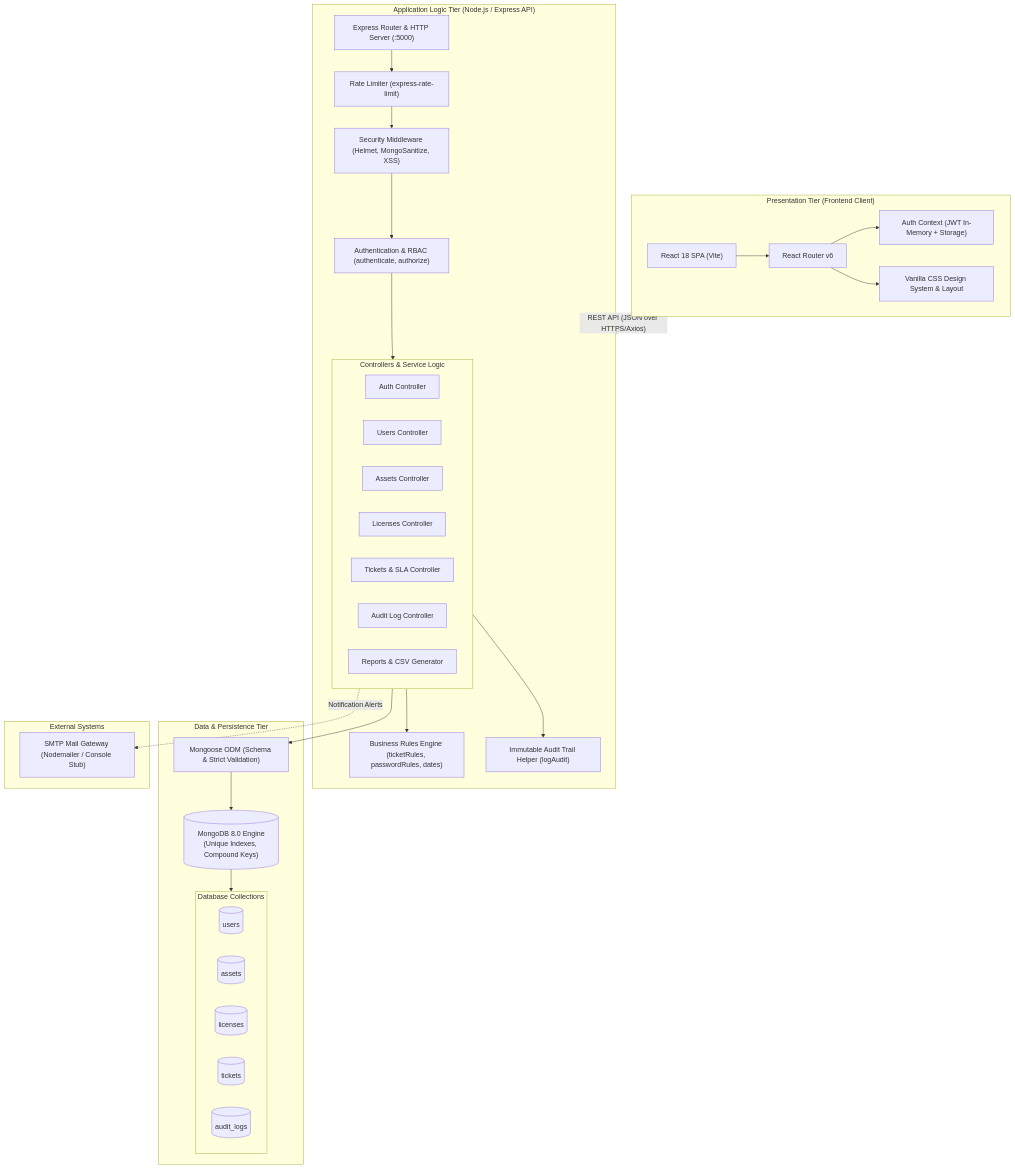
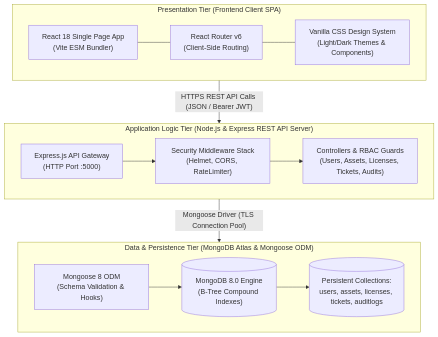
Before and after one commit to siddharth756/assetdesk-internship-project: the diagram in docs/assets/diagrams/d01-architecture-3tier.mmd, drawn with Mermaid. The commit also changed 62 other files, not shown here.

Commit message:
docs(report): overhaul analysis, architecture and UML diagrams with high-resolution layout and 50-page VICAIT budget

```diff
--- a/docs/assets/diagrams/d01-architecture-3tier.mmd
+++ b/docs/assets/diagrams/d01-architecture-3tier.mmd
@@ -1,59 +1,27 @@
-graph TB
-    subgraph ClientTier ["Presentation Tier (Frontend Client)"]
-        UI["React 18 SPA (Vite)"]
-        Router["React Router v6"]
-        AuthCtx["Auth Context (JWT In-Memory + Storage)"]
-        Theme["Vanilla CSS Design System & Layout"]
-        UI --> Router
-        Router --> AuthCtx
-        Router --> Theme
+flowchart TD
+    subgraph Tier1 ["Presentation Tier (Frontend Client SPA)"]
+        direction LR
+        UI["React 18 Single Page App<br/>(Vite ESM Bundler)"]
+        Router["React Router v6<br/>(Client-Side Routing)"]
+        Theme["Vanilla CSS Design System<br/>(Light/Dark Themes & Components)"]
+        UI --- Router --- Theme
     end
 
-    subgraph APITier ["Application Logic Tier (Node.js / Express API)"]
-        Gateway["Express Router & HTTP Server (:5000)"]
-        RateLimit["Rate Limiter (express-rate-limit)"]
-        SecMw["Security Middleware (Helmet, MongoSanitize, XSS)"]
-        AuthMw["Authentication & RBAC (authenticate, authorize)"]
-        
-        subgraph Controllers ["Controllers & Service Logic"]
-            C_Auth["Auth Controller"]
-            C_User["Users Controller"]
-            C_Asset["Assets Controller"]
-            C_Lic["Licenses Controller"]
-            C_Tkt["Tickets & SLA Controller"]
-            C_Audit["Audit Log Controller"]
-            C_Rep["Reports & CSV Generator"]
-        end
-
-        Rules["Business Rules Engine (ticketRules, passwordRules, dates)"]
-        AuditHelper["Immutable Audit Trail Helper (logAudit)"]
-
-        Gateway --> RateLimit --> SecMw --> AuthMw
-        AuthMw --> Controllers
-        Controllers --> Rules
-        Controllers --> AuditHelper
+    subgraph Tier2 ["Application Logic Tier (Node.js & Express REST API Server)"]
+        direction LR
+        Gateway["Express.js API Gateway<br/>(HTTP Port :5000)"]
+        Security["Security Middleware Stack<br/>(Helmet, CORS, RateLimiter)"]
+        Controllers["Controllers & RBAC Guards<br/>(Users, Assets, Licenses, Tickets, Audits)"]
+        Gateway --> Security --> Controllers
     end
 
-    subgraph DataTier ["Data & Persistence Tier"]
-        Mongoose["Mongoose ODM (Schema & Strict Validation)"]
-        MongoDB[("MongoDB 8.0 Engine\n(Unique Indexes, Compound Keys)")]
-        
-        subgraph Collections ["Database Collections"]
-            Col_Users[("users")]
-            Col_Assets[("assets")]
-            Col_Licenses[("licenses")]
-            Col_Tickets[("tickets")]
-            Col_Audit[("audit_logs")]
-        end
-
-        Mongoose --> MongoDB
-        MongoDB --> Collections
+    subgraph Tier3 ["Data & Persistence Tier (MongoDB Atlas & Mongoose ODM)"]
+        direction LR
+        ODM["Mongoose 8 ODM<br/>(Schema Validation & Hooks)"]
+        DB[("MongoDB 8.0 Engine<br/>(B-Tree Compound Indexes)")]
+        Data[("Persistent Collections:<br/>users, assets, licenses, tickets, auditlogs")]
+        ODM --> DB --> Data
     end
 
-    subgraph ExternalServices ["External Systems"]
-        SMTP["SMTP Mail Gateway (Nodemailer / Console Stub)"]
-    end
-
-    ClientTier -- "REST API (JSON over HTTPS/Axios)" --> APITier
-    Controllers --> Mongoose
-    Controllers -. "Notification Alerts" .-> SMTP
+    Tier1 -- "HTTPS REST API Calls (JSON / Bearer JWT)" --> Tier2
+    Tier2 -- "Mongoose Driver (TLS Connection Pool)" --> Tier3
```
